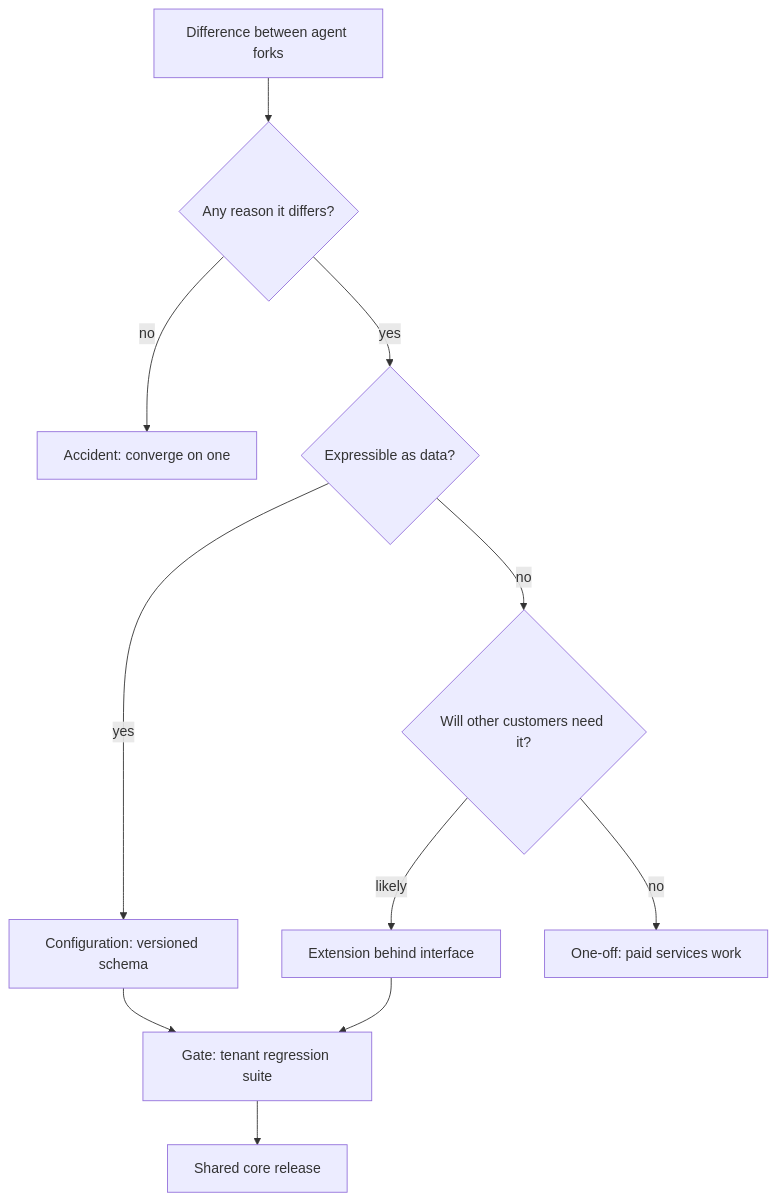
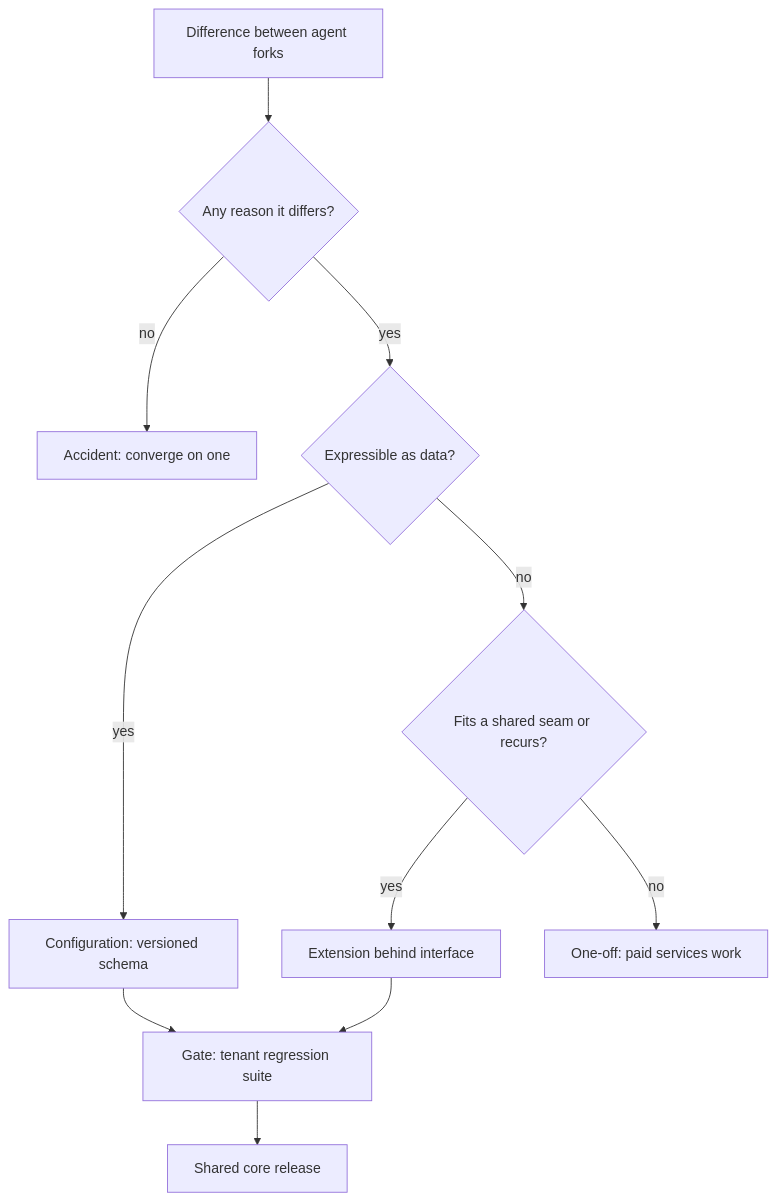
The diagram in content/delivery-ownership/productizing-repeated-customer-solutions.md (lovishmahajan97/agentic-learning), drawn with Mermaid before and after one commit. The commit also changed other lines of this file and 348 other files, not shown here.

````diff
--- a/content/delivery-ownership/productizing-repeated-customer-solutions.md
+++ b/content/delivery-ownership/productizing-repeated-customer-solutions.md
@@ -134,13 +135,13 @@
 ```mermaid
 flowchart TD
     D["Difference between agent forks"] --> Q1{"Any reason it differs?"}
     Q1 -->|"no"| A["Accident: converge on one"]
     Q1 -->|"yes"| Q2{"Expressible as data?"}
     Q2 -->|"yes"| C["Configuration: versioned schema"]
-    Q2 -->|"no"| Q3{"Will other customers need it?"}
-    Q3 -->|"likely"| E["Extension behind interface"]
+    Q2 -->|"no"| Q3{"Fits a shared seam or recurs?"}
+    Q3 -->|"yes"| E["Extension behind interface"]
     Q3 -->|"no"| O["One-off: paid services work"]
     C --> G["Gate: tenant regression suite"]
     E --> G
     G --> P["Shared core release"]
 ```
````
